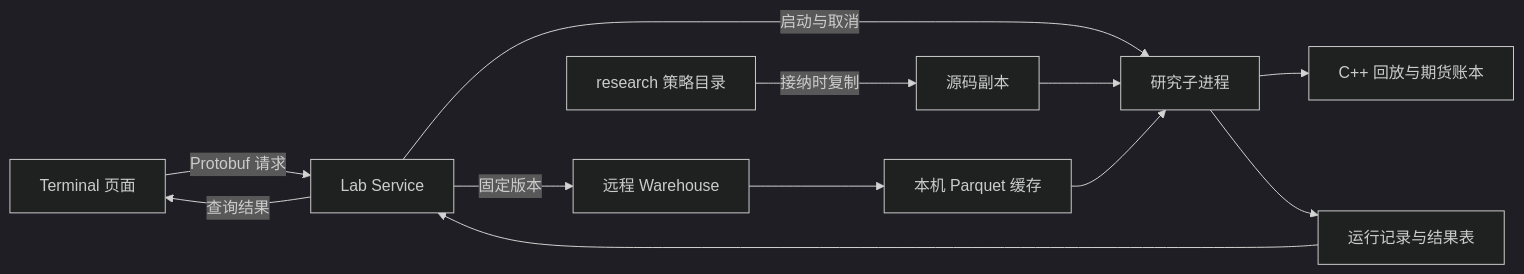
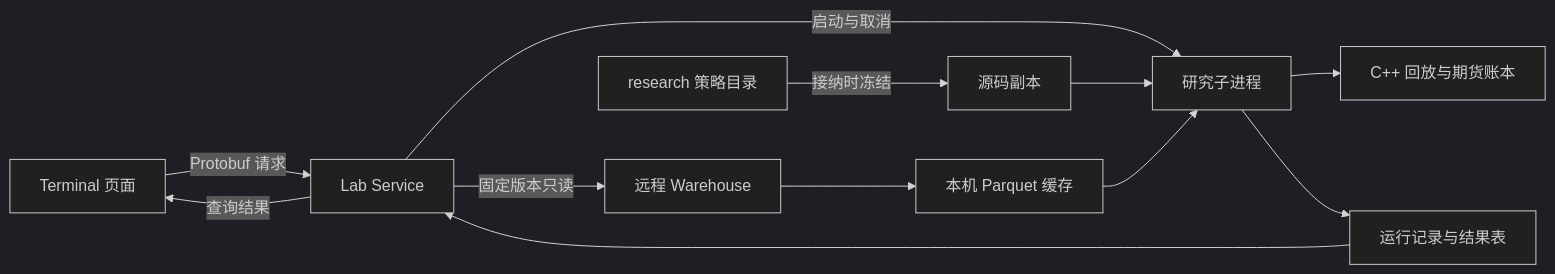
Before and after one commit to isqiwen/asterion-terminal: the first of 3 diagrams in docs/lab/architecture.md, drawn with Mermaid (dark theme). The commit also changed other lines of this file and 26 other files, not shown here.

````diff
--- a/docs/lab/architecture.md
+++ b/docs/lab/architecture.md
@@ -9,14 +9,14 @@
 ```mermaid
 flowchart LR
     terminal[Terminal 页面] -->|Protobuf 请求| service[Lab Service]
-    service -->|固定版本| market[远程 Warehouse]
-    market --> cache[本机 Parquet 缓存]
-    source[research 策略目录] -->|接纳时复制| snapshot[源码副本]
+    service -->|固定版本只读| warehouse[远程 Warehouse]
+    warehouse --> cache[本机 Parquet 缓存]
+    source[research 策略目录] -->|接纳时冻结| snapshot[源码副本]
     service -->|启动与取消| child[研究子进程]
     snapshot --> child
     cache --> child
     child --> engine[C++ 回放与期货账本]
     child --> records[运行记录与结果表]
     records --> service
     service -->|查询结果| terminal
 ```
````
